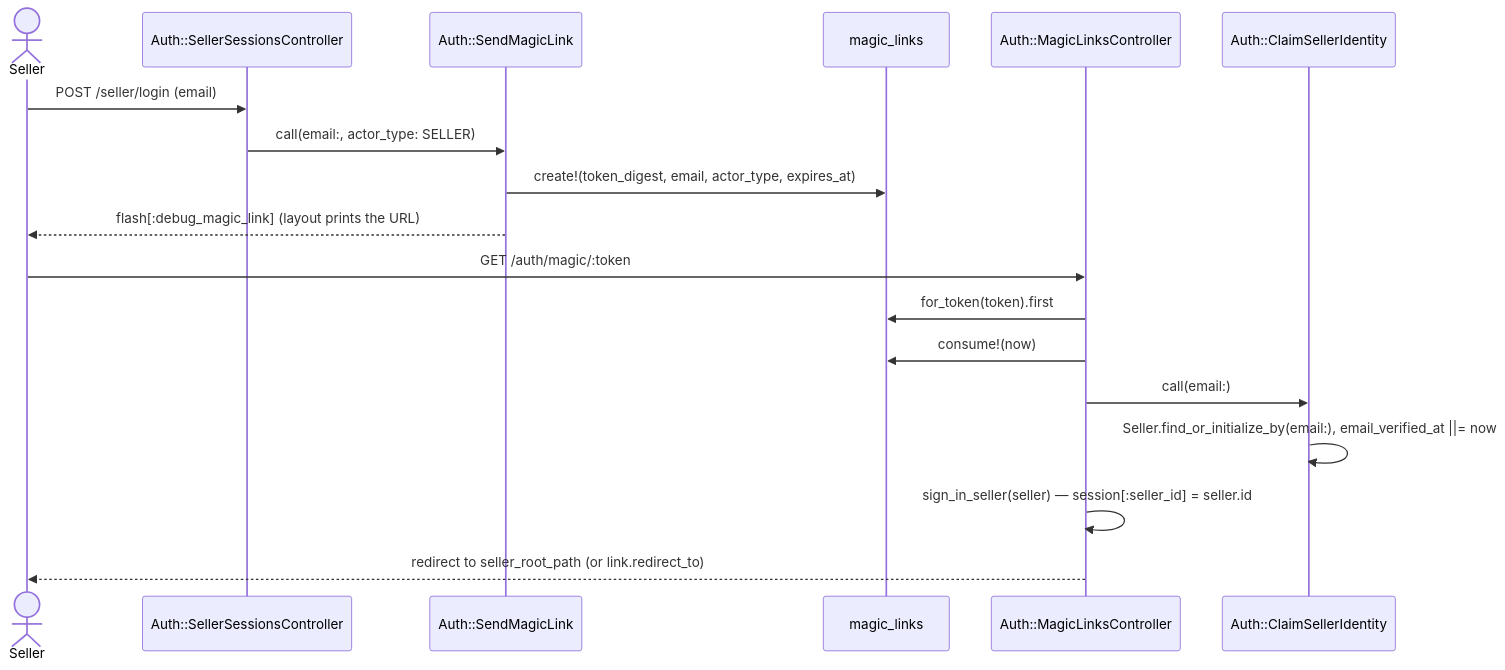
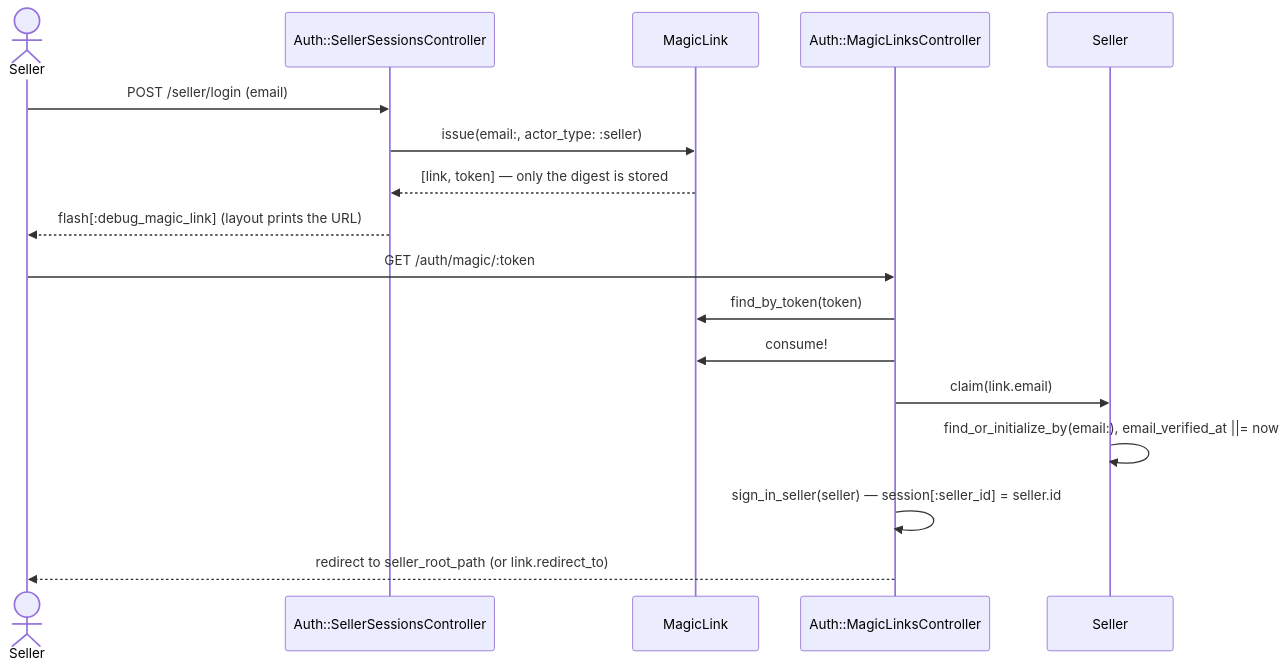
Before and after one commit to jonathan-beebe/art-store: the first of 3 diagrams in prototype/rails/docs/identity.md, drawn with Mermaid. The commit also changed other lines of this file and 51 other files, not shown here.

````diff
--- a/prototype/rails/docs/identity.md
+++ b/prototype/rails/docs/identity.md
@@ -14,22 +14,21 @@
 ```mermaid
 sequenceDiagram
     actor Seller
     participant Login as Auth::SellerSessionsController
-    participant Send as Auth::SendMagicLink
-    participant MagicLinks as magic_links
+    participant MagicLinks as MagicLink
     participant Verify as Auth::MagicLinksController
-    participant Claim as Auth::ClaimSellerIdentity
+    participant Sellers as Seller
 
     Seller->>Login: POST /seller/login (email)
-    Login->>Send: call(email:, actor_type: SELLER)
-    Send->>MagicLinks: create!(token_digest, email, actor_type, expires_at)
-    Send-->>Seller: flash[:debug_magic_link] (layout prints the URL)
+    Login->>MagicLinks: issue(email:, actor_type: :seller)
+    MagicLinks-->>Login: [link, token] — only the digest is stored
+    Login-->>Seller: flash[:debug_magic_link] (layout prints the URL)
 
     Seller->>Verify: GET /auth/magic/:token
-    Verify->>MagicLinks: for_token(token).first
-    Verify->>MagicLinks: consume!(now)
-    Verify->>Claim: call(email:)
-    Claim->>Claim: Seller.find_or_initialize_by(email:), email_verified_at ||= now
+    Verify->>MagicLinks: find_by_token(token)
+    Verify->>MagicLinks: consume!
+    Verify->>Sellers: claim(link.email)
+    Sellers->>Sellers: find_or_initialize_by(email:), email_verified_at ||= now
     Verify->>Verify: sign_in_seller(seller) — session[:seller_id] = seller.id
     Verify-->>Seller: redirect to seller_root_path (or link.redirect_to)
 ```
````
